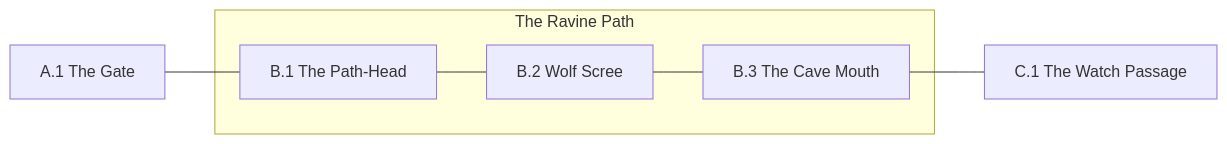
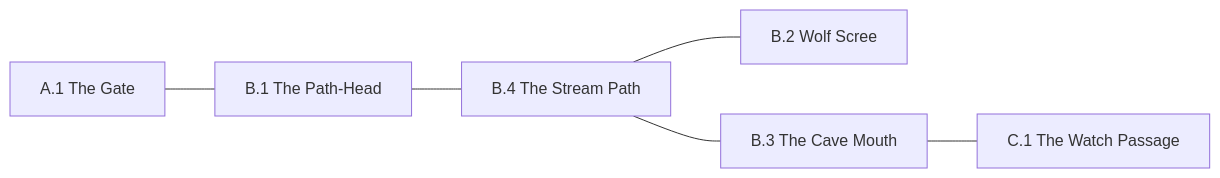
The diagram in setting/region/B/Connections.mmd (rstevenson1237/setting_builder), drawn with Mermaid before and after one commit. The commit also changed 12 other files, not shown here.

```diff
--- a/setting/region/B/Connections.mmd
+++ b/setting/region/B/Connections.mmd
@@ -1,12 +1,12 @@
 graph LR
   A1["A.1 The Gate"]
-  subgraph The Ravine Path
-    B1["B.1 The Path-Head"]
-    B2["B.2 Wolf Scree"]
-    B3["B.3 The Cave Mouth"]
-  end
+  B1["B.1 The Path-Head"]
+  B2["B.2 Wolf Scree"]
+  B3["B.3 The Cave Mouth"]
+  B4["B.4 The Stream Path"]
   C1["C.1 The Watch Passage"]
   A1 --- B1
-  B1 --- B2
-  B2 --- B3
+  B1 --- B4
+  B4 --- B2
+  B4 --- B3
   B3 --- C1
```
